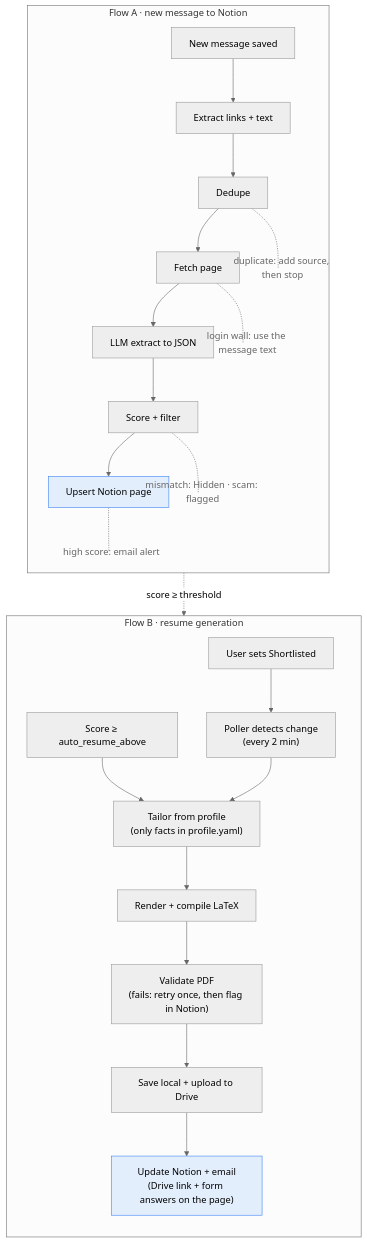
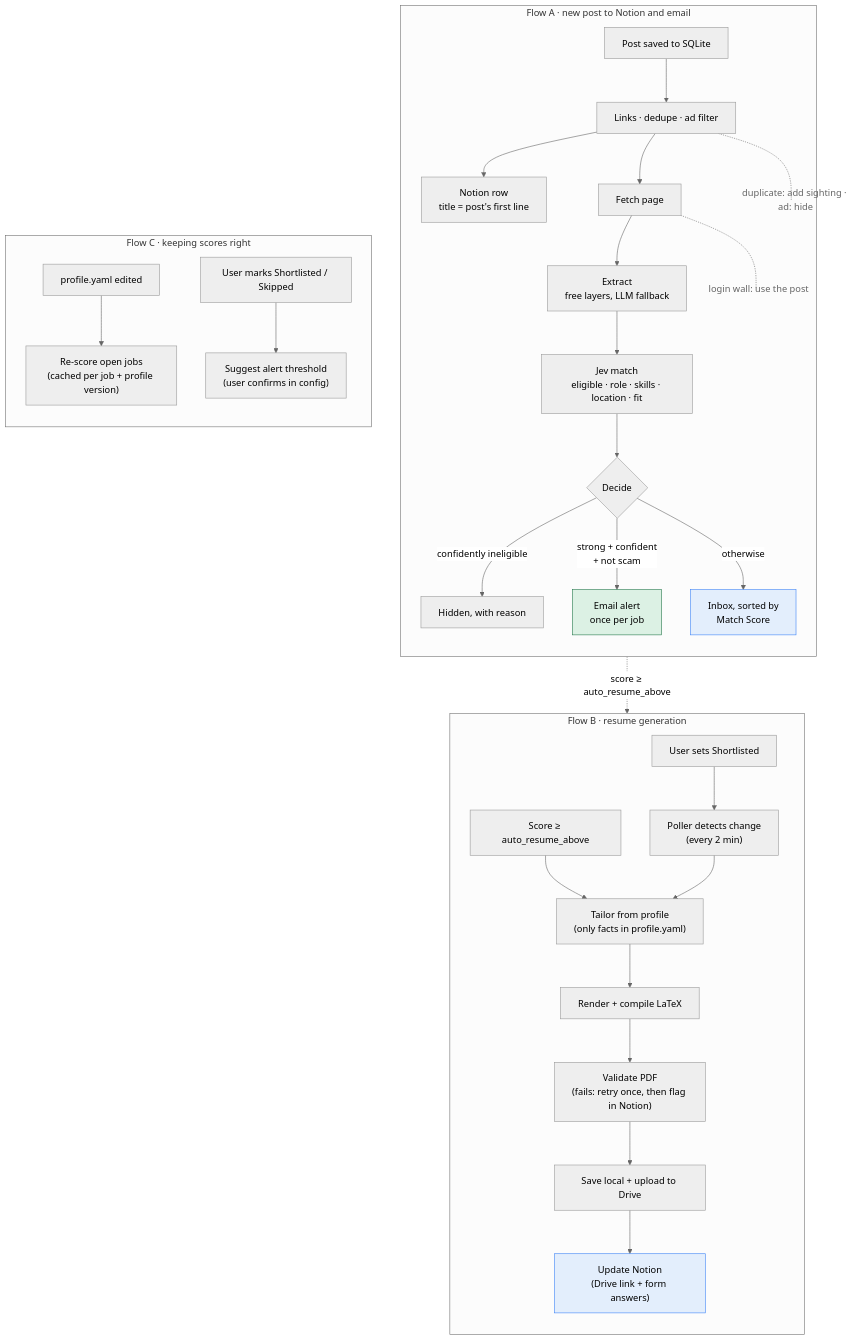
Before and after one commit to ThePlator/JobRadar: the second of 4 diagrams in docs/HLD.md, drawn with Mermaid (neutral theme). The commit also changed other lines of this file and 3 other files, not shown here.

First line of the commit message:
Document free-first extraction and Jev matching design

````diff
--- a/docs/HLD.md
+++ b/docs/HLD.md
@@ -80,27 +104,37 @@
 ```mermaid
 flowchart TB
-    subgraph FA["Flow A · new message to Notion"]
+    subgraph FA["Flow A · new post to Notion and email"]
         direction TB
-        A1["New message saved"] --> A2["Extract links + text"] --> A3["Dedupe"]
-        A3 --> A4["Fetch page"] --> A5["LLM extract to JSON"] --> A6["Score + filter"] --> A7["Upsert Notion page"]
-        A3 -.- N3>"duplicate: add source, then stop"]
-        A4 -.- N4>"login wall: use the message text"]
-        A6 -.- N6>"mismatch: Hidden · scam: flagged"]
-        A7 -.- N7>"high score: email alert"]
+        A1["Post saved to SQLite"] --> A2["Links · dedupe · ad filter"]
+        A2 --> A3["Notion row<br/>title = post's first line"]
+        A2 --> A4["Fetch page"] --> A5["Extract<br/>free layers, LLM fallback"] --> A6["Jev match<br/>eligible · role · skills · location · fit"]
+        A6 --> A7{"Decide"}
+        A7 -- "confidently ineligible" --> A8["Hidden, with reason"]
+        A7 -- "strong + confident<br/>+ not scam" --> A9["Email alert<br/>once per job"]
+        A7 -- "otherwise" --> A10["Inbox, sorted by<br/>Match Score"]
+        A2 -.- N2>"duplicate: add sighting · ad: hide"]
+        A4 -.- N4>"login wall: use the post"]
     end
 
     subgraph FB["Flow B · resume generation"]
         direction TB
         B0a["Score ≥ auto_resume_above"] --> B2
         B0b["User sets Shortlisted"] --> B1["Poller detects change<br/>(every 2 min)"] --> B2["Tailor from profile<br/>(only facts in profile.yaml)"]
         B2 --> B3["Render + compile LaTeX"] --> B4["Validate PDF<br/>(fails: retry once, then flag in Notion)"]
-        B4 --> B5["Save local + upload to Drive"] --> B6["Update Notion + email<br/>(Drive link + form answers on the page)"]
+        B4 --> B5["Save local + upload to Drive"] --> B6["Update Notion<br/>(Drive link + form answers)"]
     end
 
-    A6 -. "score ≥ threshold" .-> B0a
+    subgraph FC["Flow C · keeping scores right"]
+        direction TB
+        C1["profile.yaml edited"] --> C2["Re-score open jobs<br/>(cached per job + profile version)"]
+        C3["User marks Shortlisted / Skipped"] --> C4["Suggest alert threshold<br/>(user confirms in config)"]
+    end
 
-    style A7 fill:#e3eefc,stroke:#3b82f6
+    A7 -. "score ≥ auto_resume_above" .-> B0a
+
+    style A9 fill:#dcf1e4,stroke:#23774a
+    style A10 fill:#e3eefc,stroke:#3b82f6
     style B6 fill:#e3eefc,stroke:#3b82f6
     classDef note fill:none,stroke:none,color:#666
-    class N3,N4,N6,N7 note
+    class N2,N4 note
 ```
````
